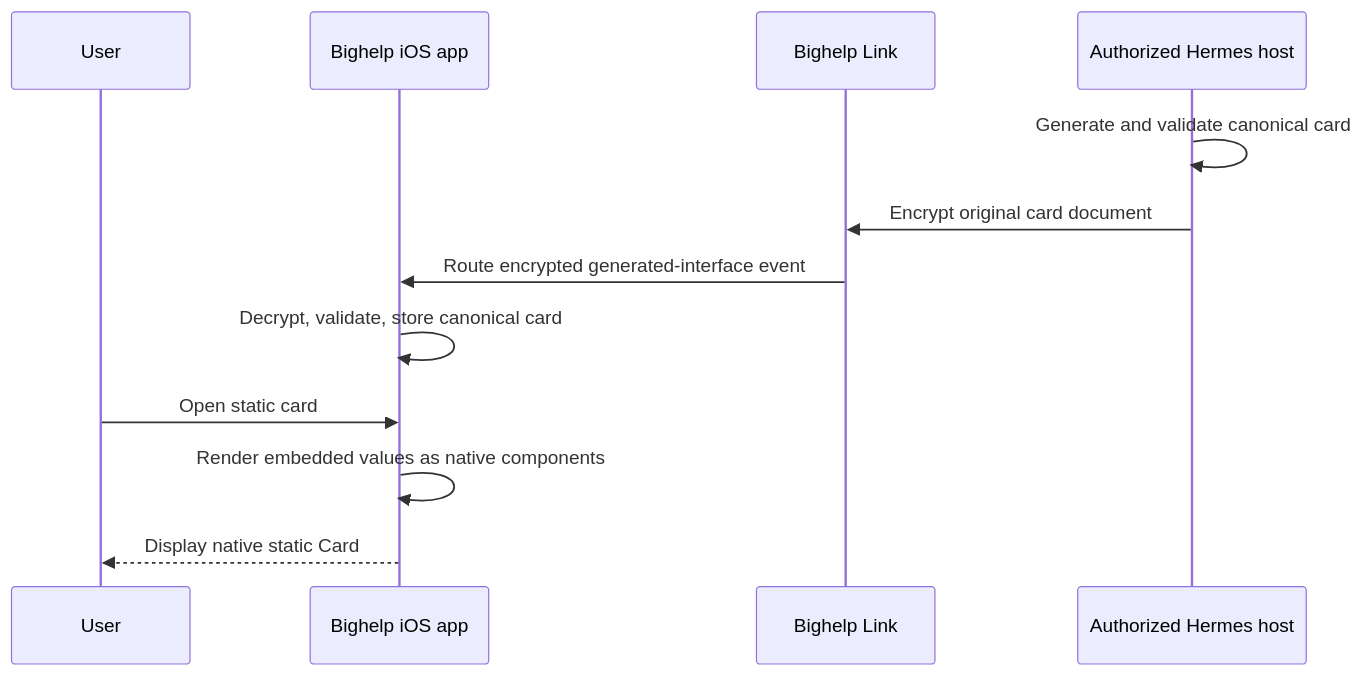
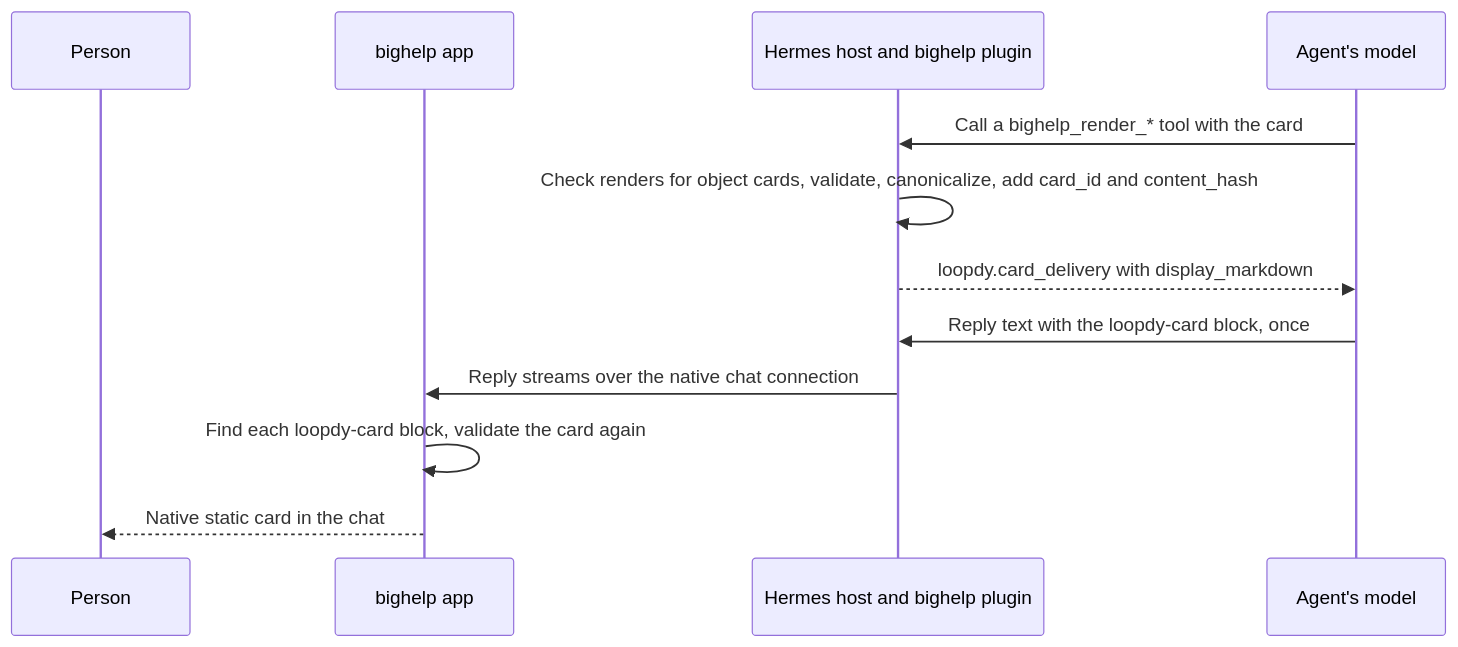
Before and after one commit to promptclickrun/bighelp: the diagram in docs/BIGHELP_CARDS.md, drawn with Mermaid. The commit also changed other lines of this file and 28 other files, not shown here.

````diff
--- a/docs/BIGHELP_CARDS.md
+++ b/docs/BIGHELP_CARDS.md
@@ -274,16 +289,15 @@
 ```mermaid
 sequenceDiagram
-    participant U as User
-    participant I as Bighelp iOS app
-    participant L as Bighelp Link
-    participant H as Authorized Hermes host
+    participant U as Person
+    participant I as bighelp app
+    participant H as Hermes host and bighelp plugin
+    participant M as Agent's model
 
-
-    H->>H: Generate and validate canonical card
-    H->>L: Encrypt original card document
-    L->>I: Route encrypted generated-interface event
-    I->>I: Decrypt, validate, store canonical card
-    U->>I: Open static card
-    I->>I: Render embedded values as native components
-    I-->>U: Display native static Card
+    M->>H: Call a bighelp_render_* tool with the card
+    H->>H: Check renders for object cards, validate, canonicalize, add card_id and content_hash
+    H-->>M: loopdy.card_delivery with display_markdown
+    M->>H: Reply text with the loopdy-card block, once
+    H->>I: Reply streams over the native chat connection
+    I->>I: Find each loopdy-card block, validate the card again
+    I-->>U: Native static card in the chat
 ```
````
